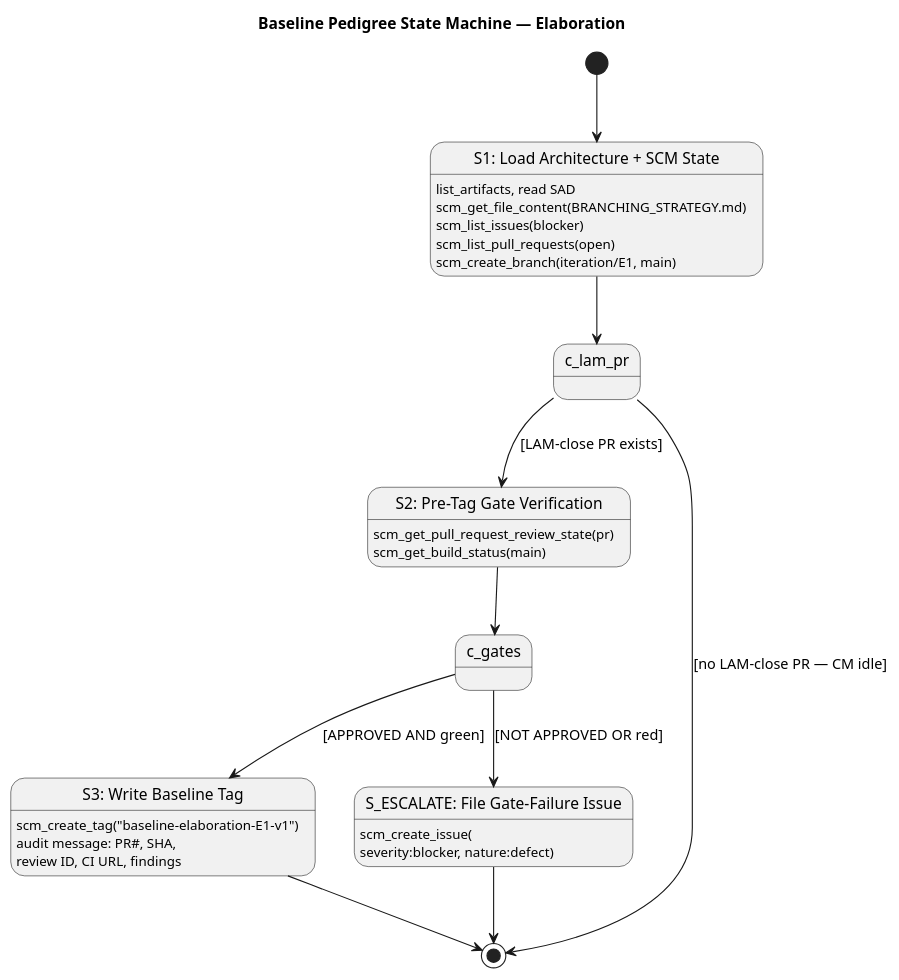
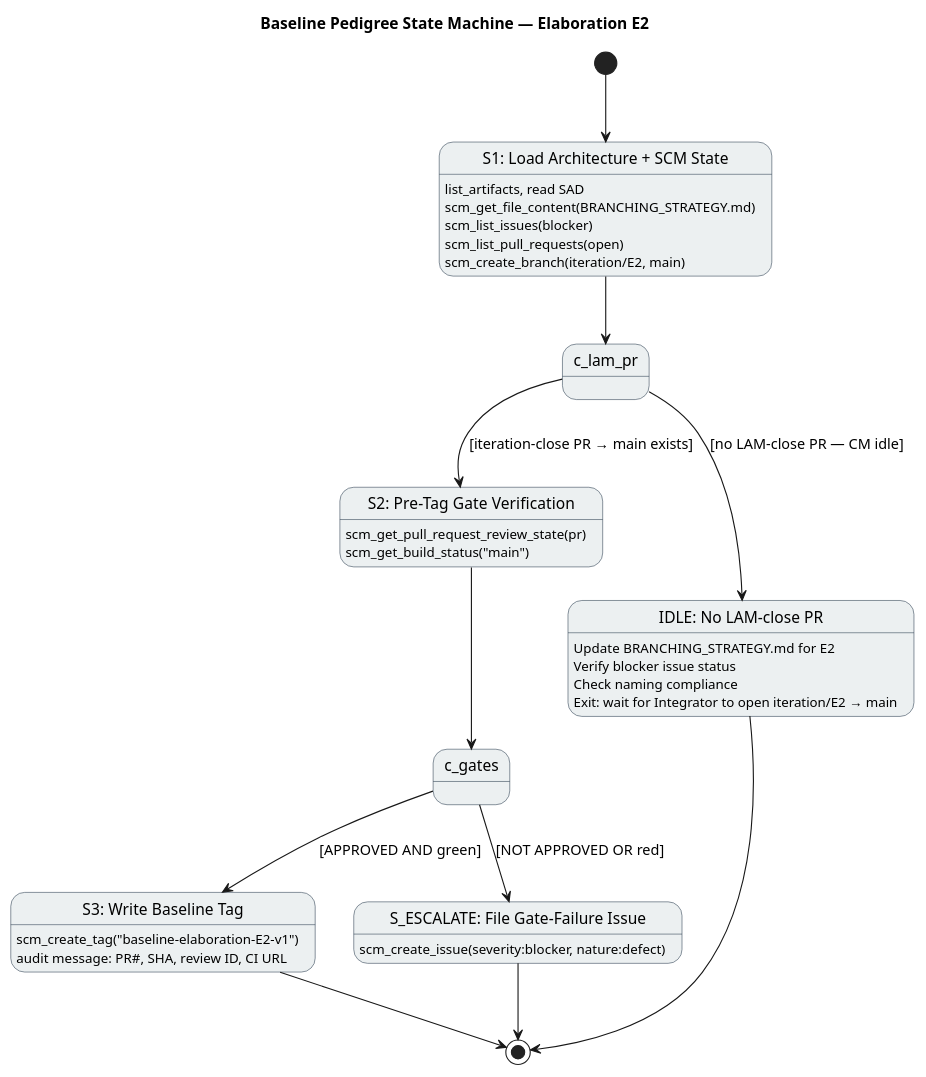
One commit to banense-test/portal-cuba-corp changed the second of 2 diagrams in docs/BRANCHING_STRATEGY.md. Above: the diagram before and after it, drawn with PlantUML. The commit also changed other lines of this file, not shown here.

Commit message:
Update BRANCHING_STRATEGY.md for Elaboration E2 — add E2 workspace, baseline identification scheme, deferred E1 baseline note, updated topology and state machine diagrams

````diff
--- a/docs/BRANCHING_STRATEGY.md
+++ b/docs/BRANCHING_STRATEGY.md
@@ -157,41 +207,54 @@
 ```plantuml
 @startuml
-title Baseline Pedigree State Machine — Elaboration
+title Baseline Pedigree State Machine — Elaboration E2
+
+skinparam state {
+  BackgroundColor #ECF0F1
+  BorderColor #2C3E50
+}
 
 [*] --> S1_DISCOVER
 state "S1: Load Architecture + SCM State" as S1_DISCOVER {
   S1_DISCOVER : list_artifacts, read SAD
   S1_DISCOVER : scm_get_file_content(BRANCHING_STRATEGY.md)
   S1_DISCOVER : scm_list_issues(blocker)
   S1_DISCOVER : scm_list_pull_requests(open)
-  S1_DISCOVER : scm_create_branch(iteration/E1, main)
+  S1_DISCOVER : scm_create_branch(iteration/E2, main)
 }
+
 S1_DISCOVER --> c_lam_pr
 state c_lam_pr <<choice>>
-c_lam_pr --> S2_GATE : [LAM-close PR exists]
-c_lam_pr --> [*] : [no LAM-close PR — CM idle]
+c_lam_pr --> S2_GATE : [iteration-close PR → main exists]
+c_lam_pr --> IDLE : [no LAM-close PR — CM idle]
+
+state "IDLE: No LAM-close PR" as IDLE {
+  IDLE : Update BRANCHING_STRATEGY.md for E2
+  IDLE : Verify blocker issue status
+  IDLE : Check naming compliance
+  IDLE : Exit: wait for Integrator to open iteration/E2 → main
+}
+IDLE --> [*]
 
 state "S2: Pre-Tag Gate Verification" as S2_GATE {
   S2_GATE : scm_get_pull_request_review_state(pr)
-  S2_GATE : scm_get_build_status(main)
+  S2_GATE : scm_get_build_status("main")
 }
+
 S2_GATE --> c_gates
 state c_gates <<choice>>
 c_gates --> S3_TAG : [APPROVED AND green]
 c_gates --> S_ESCALATE : [NOT APPROVED OR red]
 
 state "S3: Write Baseline Tag" as S3_TAG {
-  S3_TAG : scm_create_tag("baseline-elaboration-E1-v1")
-  S3_TAG : audit message: PR#, SHA,
-  S3_TAG :   review ID, CI URL, findings
+  S3_TAG : scm_create_tag("baseline-elaboration-E2-v1")
+  S3_TAG : audit message: PR#, SHA, review ID, CI URL
 }
 S3_TAG --> [*]
 
 state "S_ESCALATE: File Gate-Failure Issue" as S_ESCALATE {
-  S_ESCALATE : scm_create_issue(
-  S_ESCALATE :   severity:blocker, nature:defect)
+  S_ESCALATE : scm_create_issue(severity:blocker, nature:defect)
 }
 S_ESCALATE --> [*]
 
 @enduml
 ```
````
